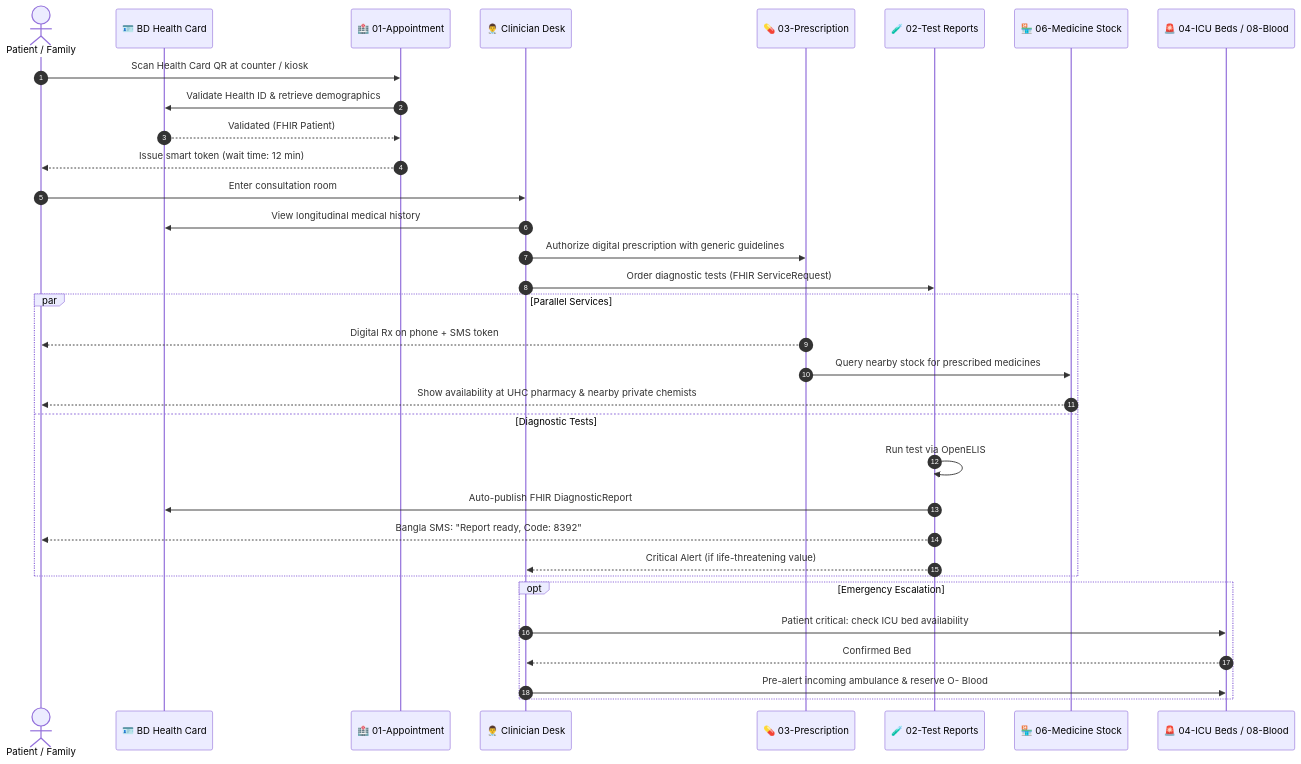
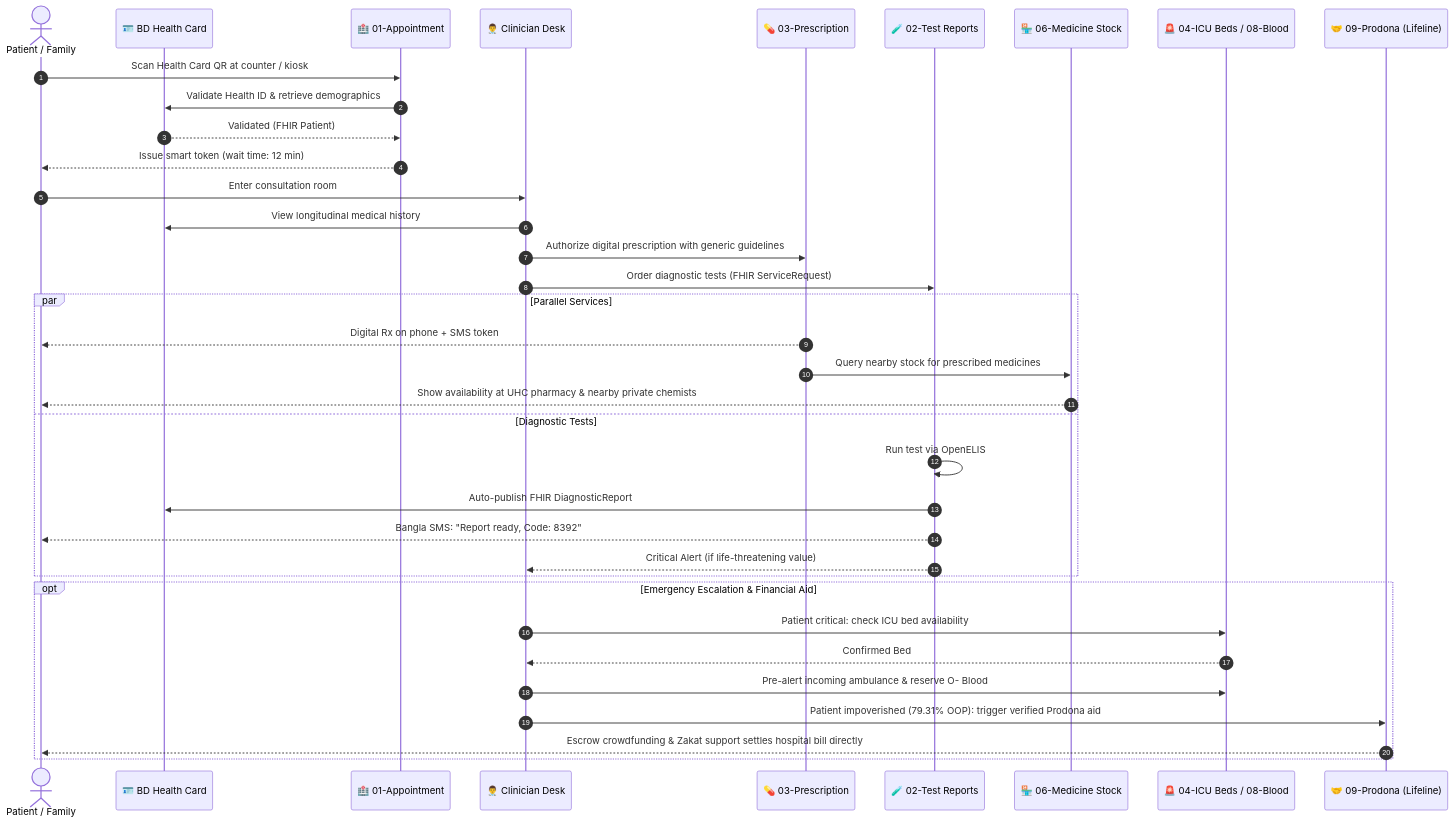
One commit to pbs002-s/astra-testing changed the second of 3 diagrams in modules/README.md. Above: the diagram before and after it, drawn with Mermaid. The commit also changed other lines of this file and 4 other files, not shown here.

Commit message:
Add Prodona medical crowdfunding and organ donation lifeline module

````diff
--- a/modules/README.md
+++ b/modules/README.md
@@ -67,39 +70,42 @@
 ```mermaid
 sequenceDiagram
     autonumber
     actor P as Patient / Family
     participant HC as 🪪 BD Health Card
     participant OPD as 🏥 01-Appointment
     participant DOC as 👨‍⚕️ Clinician Desk
     participant RX as 💊 03-Prescription
     participant LAB as 🧪 02-Test Reports
     participant MED as 🏪 06-Medicine Stock
     participant ICU as 🚨 04-ICU Beds / 08-Blood
+    participant PRO as 🤝 09-Prodona (Lifeline)
 
     P->>OPD: Scan Health Card QR at counter / kiosk
     OPD->>HC: Validate Health ID & retrieve demographics
     HC-->>OPD: Validated (FHIR Patient)
     OPD-->>P: Issue smart token (wait time: 12 min)
 
     P->>DOC: Enter consultation room
     DOC->>HC: View longitudinal medical history
     DOC->>RX: Authorize digital prescription with generic guidelines
     DOC->>LAB: Order diagnostic tests (FHIR ServiceRequest)
 
     par Parallel Services
         RX-->>P: Digital Rx on phone + SMS token
         RX->>MED: Query nearby stock for prescribed medicines
         MED-->>P: Show availability at UHC pharmacy & nearby private chemists
     and Diagnostic Tests
         LAB->>LAB: Run test via OpenELIS
         LAB->>HC: Auto-publish FHIR DiagnosticReport
         LAB-->>P: Bangla SMS: "Report ready, Code: 8392"
         LAB-->>DOC: Critical Alert (if life-threatening value)
     end
 
-    opt Emergency Escalation
+    opt Emergency Escalation & Financial Aid
         DOC->>ICU: Patient critical: check ICU bed availability
         ICU-->>DOC: Confirmed Bed #4 at District Hospital
         DOC->>ICU: Pre-alert incoming ambulance & reserve O- Blood
+        DOC->>PRO: Patient impoverished (79.31% OOP): trigger verified Prodona aid
+        PRO-->>P: Escrow crowdfunding & Zakat support settles hospital bill directly
     end
 ```
````
